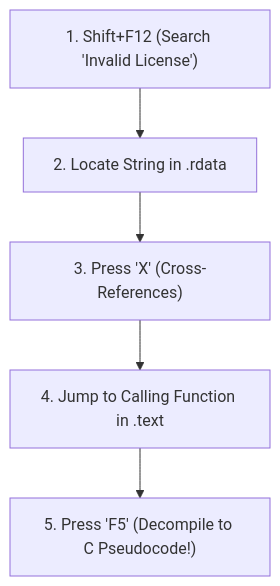
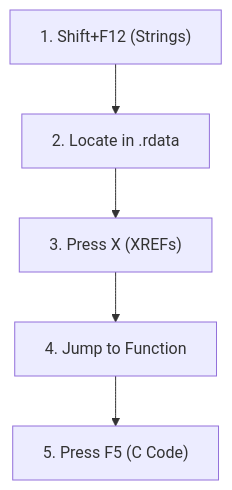
Before and after one commit to DaddyZyn/Cyber-security-notes: the second of 3 diagrams in topics/25-reverse-engineering-workflows-ida-ghidra-x64dbg-ce/README.md, drawn with Mermaid. The commit also changed other lines of this file and 7 other files, not shown here.

Commit message:
fix: reformat all diagrams in modules 20-27 with ultra-short line wrapping to prevent GitHub SVG text clipping

````diff
--- a/topics/25-reverse-engineering-workflows-ida-ghidra-x64dbg-ce/README.md
+++ b/topics/25-reverse-engineering-workflows-ida-ghidra-x64dbg-ce/README.md
@@ -75,7 +75,7 @@
 ```mermaid
 flowchart TD
-    S["1. Shift+F12 (Search 'Invalid License')"] --> Str["2. Locate String in .rdata"]
-    Str --> XREF["3. Press 'X' (Cross-References)"]
-    XREF --> Func["4. Jump to Calling Function in .text"]
-    Func --> Decompile["5. Press 'F5' (Decompile to C Pseudocode!)"]
+    S["1. Shift+F12 (Strings)"] --> Str["2. Locate in .rdata"]
+    Str --> XREF["3. Press X (XREFs)"]
+    XREF --> Func["4. Jump to Function"]
+    Func --> Decompile["5. Press F5 (C Code)"]
 ```
````
